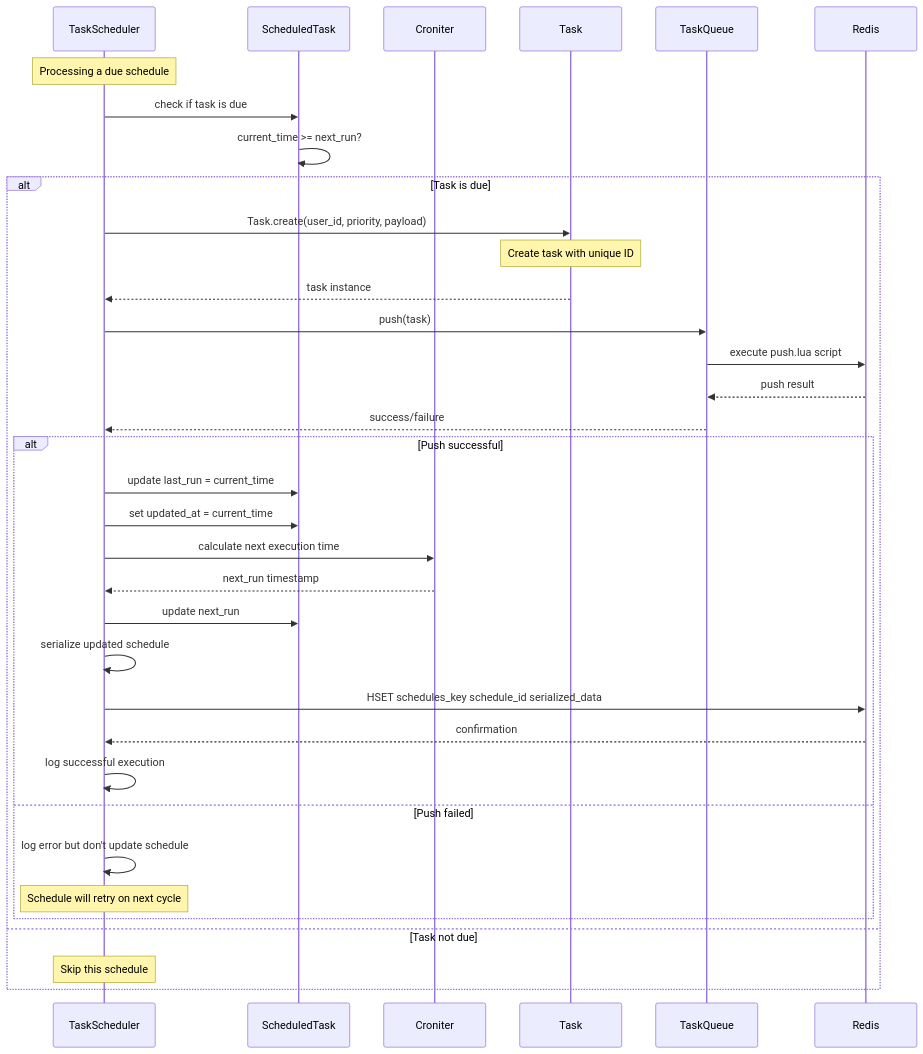
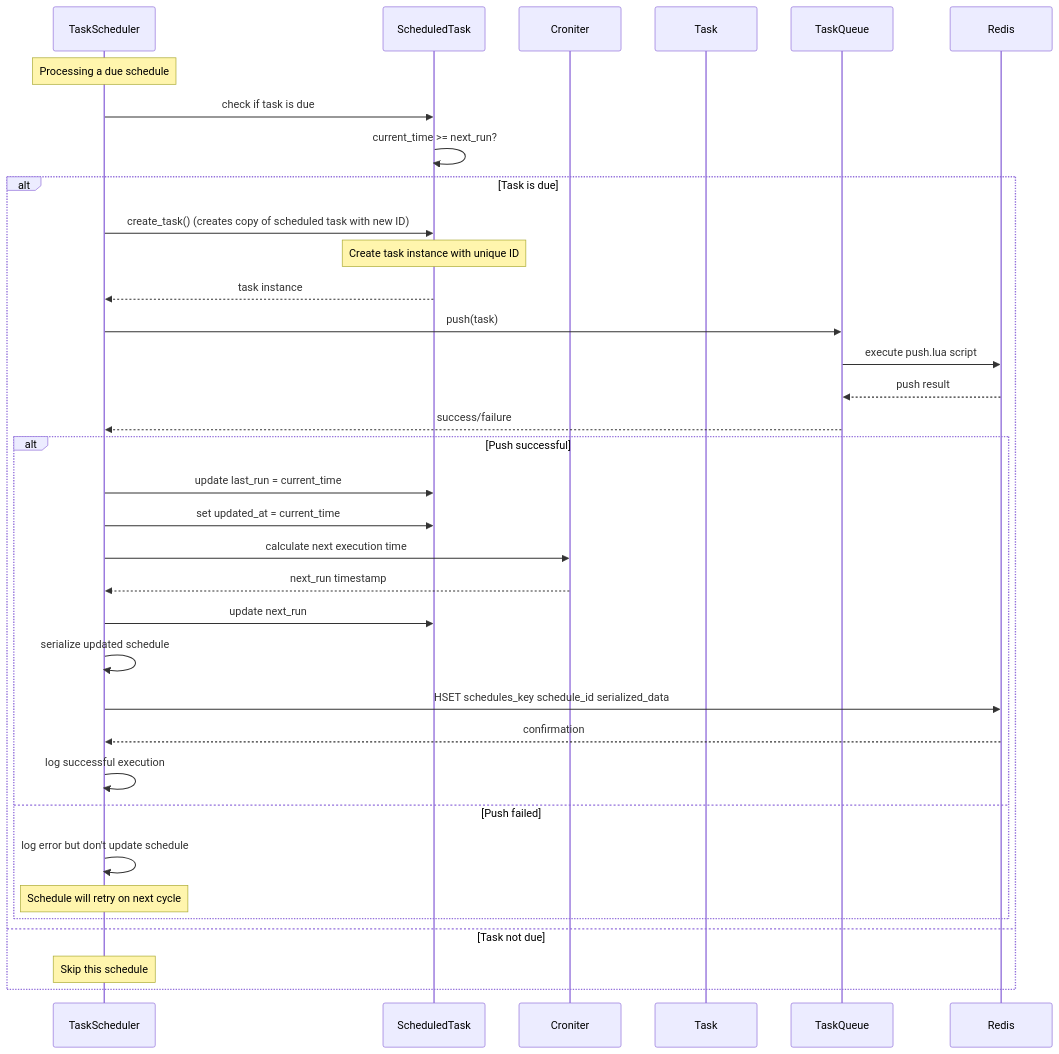
One commit to premana/fairque changed the sixth of 13 diagrams in docs/scheduler-sequence.md. Above: the diagram before and after it, drawn with Mermaid. The commit also changed other lines of this file and 4 other files, not shown here.

````diff
--- a/docs/scheduler-sequence.md
+++ b/docs/scheduler-sequence.md
@@ -184,44 +184,44 @@
 ```mermaid
 sequenceDiagram
     participant S as TaskScheduler
     participant ST as ScheduledTask
     participant CR as Croniter
     participant T as Task
     participant Q as TaskQueue
     participant R as Redis
     
     Note over S: Processing a due schedule
     
     S->>ST: check if task is due
     ST->>ST: current_time >= next_run?
     
     alt Task is due
-        S->>T: Task.create(user_id, priority, payload)
-        Note over T: Create task with unique ID
-        T-->>S: task instance
+        S->>ST: create_task() (creates copy of scheduled task with new ID)
+        Note over ST: Create task instance with unique ID
+        ST-->>S: task instance
         
         S->>Q: push(task)
         Q->>R: execute push.lua script
         R-->>Q: push result
         Q-->>S: success/failure
         
         alt Push successful
             S->>ST: update last_run = current_time
             S->>ST: set updated_at = current_time
             S->>CR: calculate next execution time
             CR-->>S: next_run timestamp
             S->>ST: update next_run
             
             S->>S: serialize updated schedule
             S->>R: HSET schedules_key schedule_id serialized_data
             R-->>S: confirmation
             
             S->>S: log successful execution
         else Push failed
             S->>S: log error but don't update schedule
             Note over S: Schedule will retry on next cycle
         end
     else Task not due
         Note over S: Skip this schedule
     end
 ```
````
